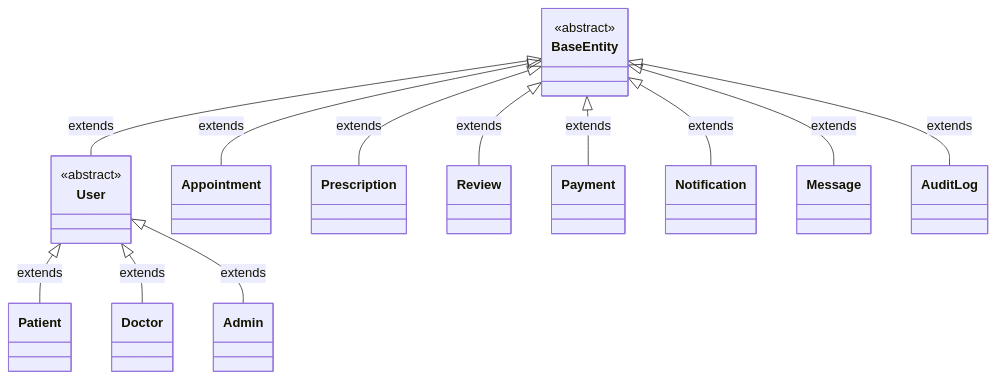
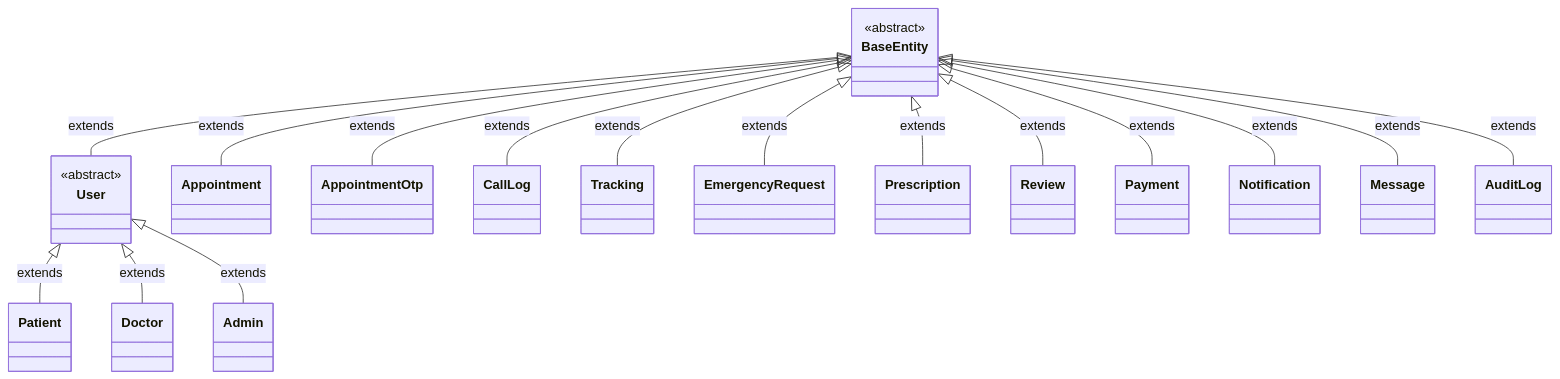
One commit to Vansh-Vaishnani/DocDock changed the seventh of 7 diagrams in Documents/Class_Diagrams.md. Above: the diagram before and after it, drawn with Mermaid. The commit also changed other lines of this file and 16 other files, not shown here.

Commit message:
feat: initialize project documentation including system architecture, design specifications, and development roadmap

````diff
--- a/Documents/Class_Diagrams.md
+++ b/Documents/Class_Diagrams.md
@@ -1277,26 +1290,30 @@
 ```mermaid
 classDiagram
     direction TB
 
     class BaseEntity {
         <<abstract>>
     }
     class User {
         <<abstract>>
     }
     class Patient
     class Doctor
     class Admin
 
     BaseEntity <|-- User : extends
     BaseEntity <|-- Appointment : extends
+    BaseEntity <|-- AppointmentOtp : extends
+    BaseEntity <|-- CallLog : extends
+    BaseEntity <|-- Tracking : extends
+    BaseEntity <|-- EmergencyRequest : extends
     BaseEntity <|-- Prescription : extends
     BaseEntity <|-- Review : extends
     BaseEntity <|-- Payment : extends
     BaseEntity <|-- Notification : extends
     BaseEntity <|-- Message : extends
     BaseEntity <|-- AuditLog : extends
     User <|-- Patient : extends
     User <|-- Doctor : extends
     User <|-- Admin : extends
 ```
````
